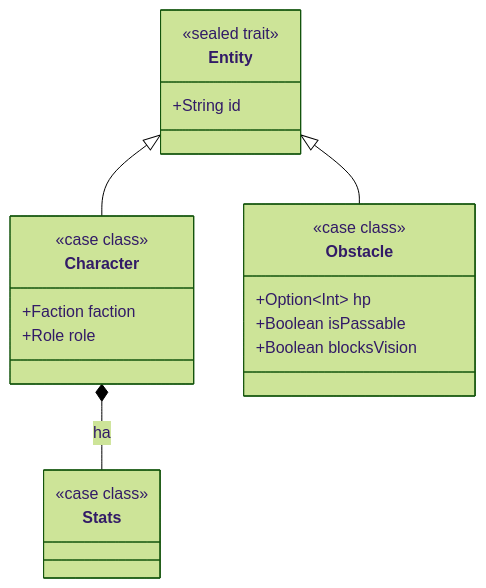
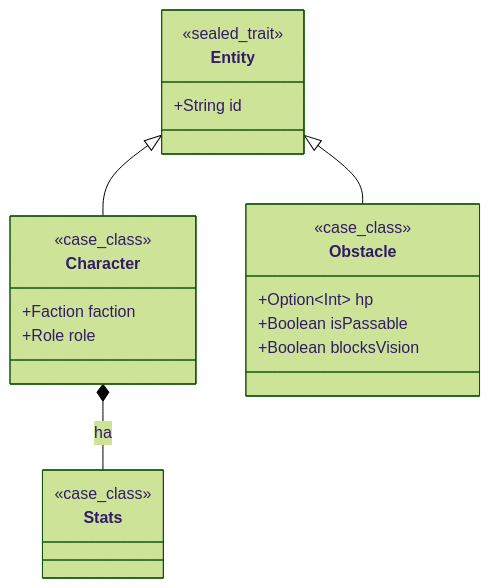
One commit to zanetti33/PPS-24-ToSAB changed the first of 2 diagrams in docs/report/implementation/pedrini-impl.md. Above: the diagram before and after it, drawn with Mermaid (forest theme). The commit also changed other lines of this file, not shown here.

Commit message:
docs(fix): removing mermaid errors

````diff
--- a/docs/report/implementation/pedrini-impl.md
+++ b/docs/report/implementation/pedrini-impl.md
@@ -22,33 +22,33 @@
 ```mermaid 
 classDiagram
 direction TB
 
     class Entity {
-        <<sealed trait>>
+        <<sealed_trait>>
         +String id
     }
 
     class Character {
-        <<case class>>
+        <<case_class>>
         +Faction faction
         +Role role
     }
 
     class Obstacle {
-        <<case class>>
+        <<case_class>>
         +Option~Int~ hp
         +Boolean isPassable
         +Boolean blocksVision
     }
 
     class Stats {
-        <<case class>>
+        <<case_class>>
     }
 
     %% Ereditarietà (Sum Type)
     Entity <|-- Character
     Entity <|-- Obstacle
 
     %% Composizione (Product Type)
     Character *-- Stats : ha 
 ```
````
